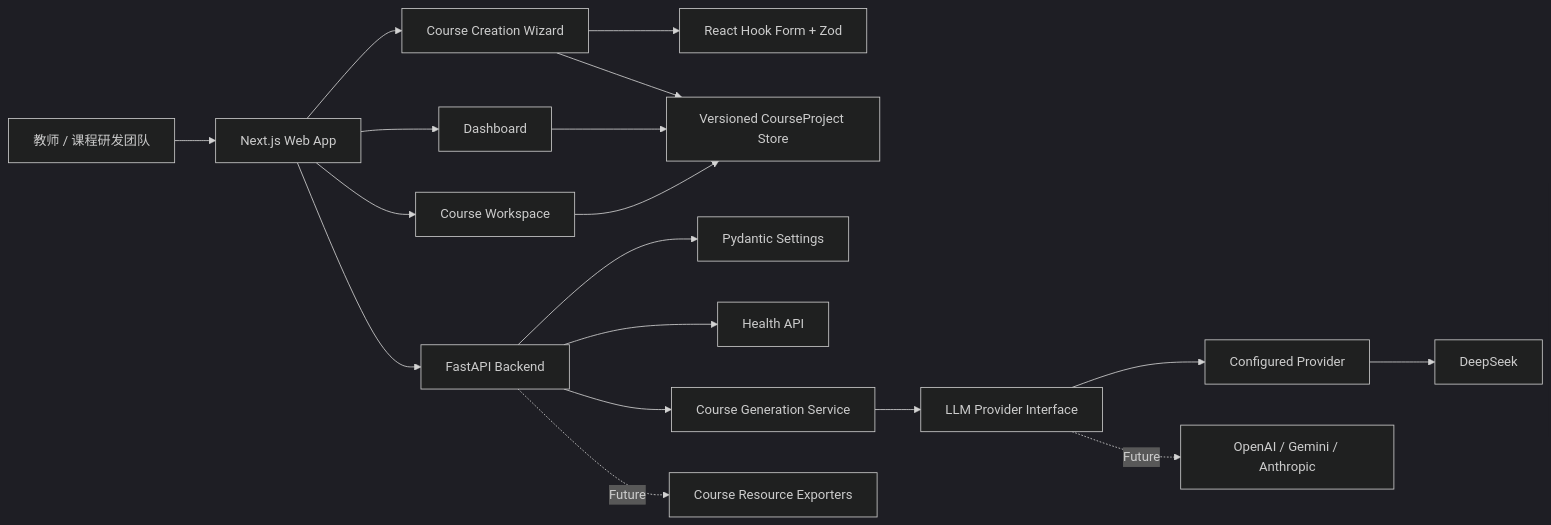
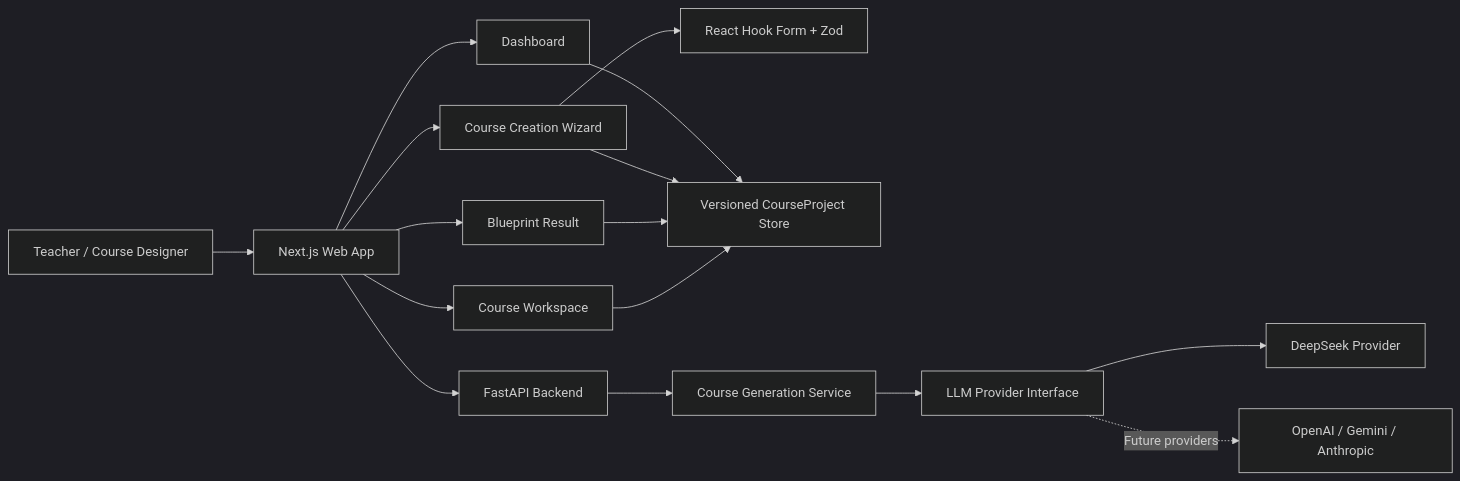
Before and after one commit to RyanBao9527/eduflow-ai: the diagram in README.md, drawn with Mermaid (dark theme). The commit also changed other lines of this file, not shown here.

````diff
--- a/README.md
+++ b/README.md
@@ -59,20 +69,18 @@
 ```mermaid
 flowchart LR
-    U["教师 / 课程研发团队"] --> W["Next.js Web App"]
+    U["Teacher / Course Designer"] --> W["Next.js Web App"]
     W --> D["Dashboard"]
     W --> C["Course Creation Wizard"]
+    W --> R["Blueprint Result"]
     W --> CW["Course Workspace"]
     C --> V["React Hook Form + Zod"]
-    C --> L["Versioned CourseProject Store"]
-    D --> L
-    CW --> L
+    D --> P["Versioned CourseProject Store"]
+    C --> P
+    R --> P
+    CW --> P
     W --> A["FastAPI Backend"]
-    A --> P["Pydantic Settings"]
-    A --> H["Health API"]
     A --> S["Course Generation Service"]
     S --> I["LLM Provider Interface"]
-    I --> M["Configured Provider"]
-    M --> DS["DeepSeek"]
-    I -. "Future" .-> O["OpenAI / Gemini / Anthropic"]
-    A -. "Future" .-> E["Course Resource Exporters"]
+    I --> DS["DeepSeek Provider"]
+    I -. "Future providers" .-> F["OpenAI / Gemini / Anthropic"]
 ```
````
